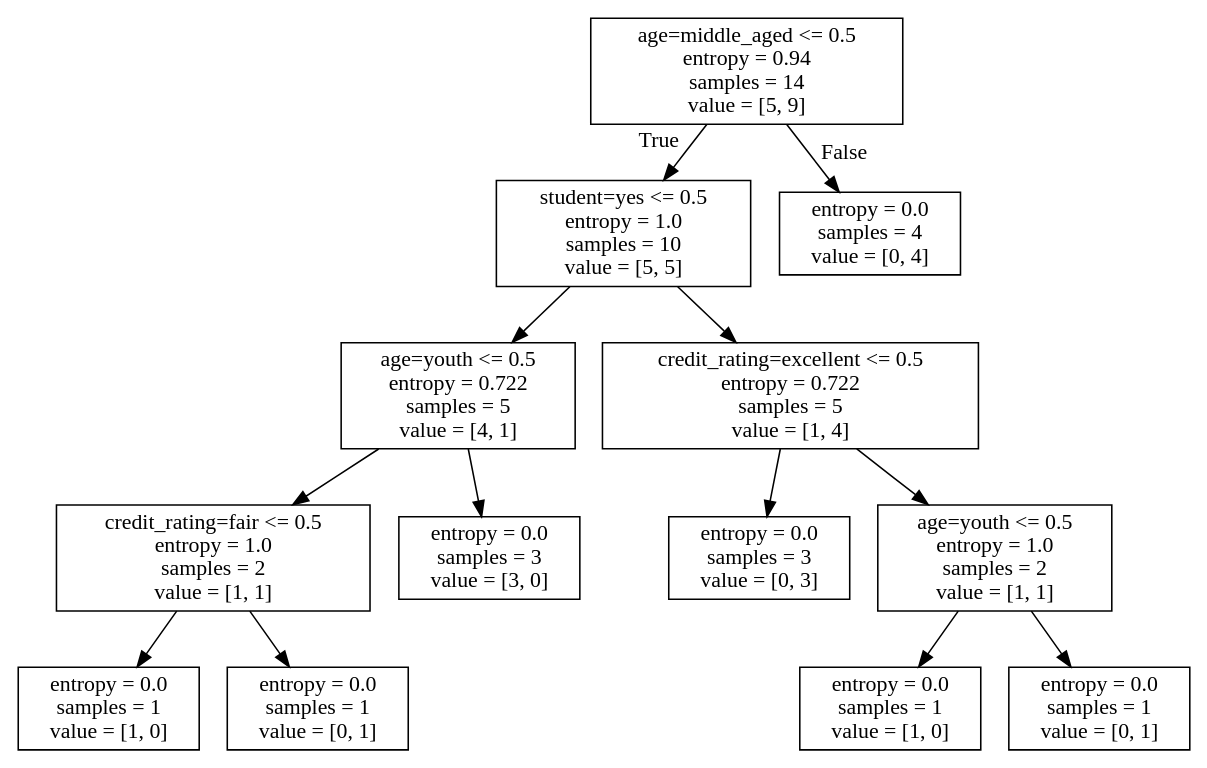
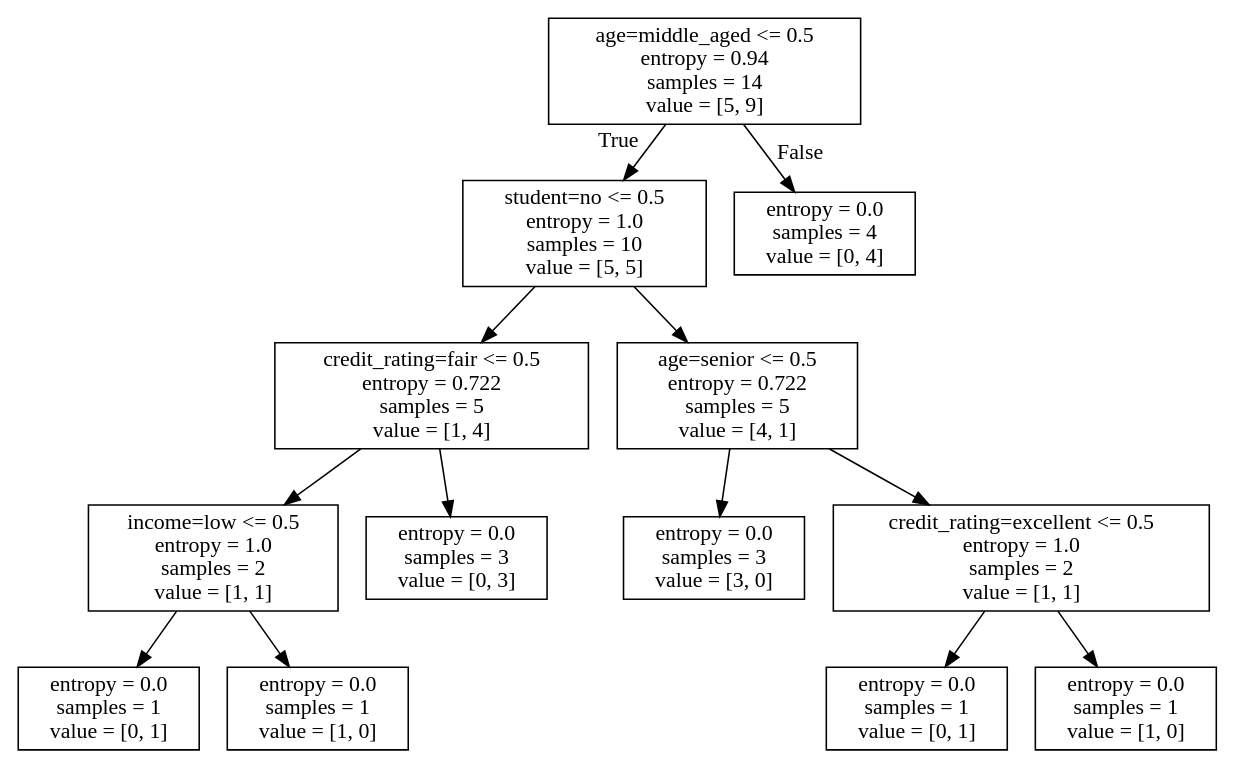
One commit to FrankeWu/DecisionTree changed the diagram in allElectronicInformationGainOri.dot. Above: the diagram before and after it, drawn with Graphviz. The commit also changed 3 other files, not shown here.

```diff
--- a/allElectronicInformationGainOri.dot
+++ b/allElectronicInformationGainOri.dot
@@ -1,28 +1,28 @@
 digraph Tree {
 node [shape=box] ;
 0 [label="age=middle_aged <= 0.5\nentropy = 0.94\nsamples = 14\nvalue = [5, 9]"] ;
-1 [label="student=yes <= 0.5\nentropy = 1.0\nsamples = 10\nvalue = [5, 5]"] ;
+1 [label="student=no <= 0.5\nentropy = 1.0\nsamples = 10\nvalue = [5, 5]"] ;
 0 -> 1 [labeldistance=2.5, labelangle=45, headlabel="True"] ;
-2 [label="age=youth <= 0.5\nentropy = 0.722\nsamples = 5\nvalue = [4, 1]"] ;
+2 [label="credit_rating=fair <= 0.5\nentropy = 0.722\nsamples = 5\nvalue = [1, 4]"] ;
 1 -> 2 ;
-3 [label="credit_rating=fair <= 0.5\nentropy = 1.0\nsamples = 2\nvalue = [1, 1]"] ;
+3 [label="income=low <= 0.5\nentropy = 1.0\nsamples = 2\nvalue = [1, 1]"] ;
 2 -> 3 ;
-4 [label="entropy = 0.0\nsamples = 1\nvalue = [1, 0]"] ;
+4 [label="entropy = 0.0\nsamples = 1\nvalue = [0, 1]"] ;
 3 -> 4 ;
-5 [label="entropy = 0.0\nsamples = 1\nvalue = [0, 1]"] ;
+5 [label="entropy = 0.0\nsamples = 1\nvalue = [1, 0]"] ;
 3 -> 5 ;
-6 [label="entropy = 0.0\nsamples = 3\nvalue = [3, 0]"] ;
+6 [label="entropy = 0.0\nsamples = 3\nvalue = [0, 3]"] ;
 2 -> 6 ;
-7 [label="credit_rating=excellent <= 0.5\nentropy = 0.722\nsamples = 5\nvalue = [1, 4]"] ;
+7 [label="age=senior <= 0.5\nentropy = 0.722\nsamples = 5\nvalue = [4, 1]"] ;
 1 -> 7 ;
-8 [label="entropy = 0.0\nsamples = 3\nvalue = [0, 3]"] ;
+8 [label="entropy = 0.0\nsamples = 3\nvalue = [3, 0]"] ;
 7 -> 8 ;
-9 [label="age=youth <= 0.5\nentropy = 1.0\nsamples = 2\nvalue = [1, 1]"] ;
+9 [label="credit_rating=excellent <= 0.5\nentropy = 1.0\nsamples = 2\nvalue = [1, 1]"] ;
 7 -> 9 ;
-10 [label="entropy = 0.0\nsamples = 1\nvalue = [1, 0]"] ;
+10 [label="entropy = 0.0\nsamples = 1\nvalue = [0, 1]"] ;
 9 -> 10 ;
-11 [label="entropy = 0.0\nsamples = 1\nvalue = [0, 1]"] ;
+11 [label="entropy = 0.0\nsamples = 1\nvalue = [1, 0]"] ;
 9 -> 11 ;
 12 [label="entropy = 0.0\nsamples = 4\nvalue = [0, 4]"] ;
 0 -> 12 [labeldistance=2.5, labelangle=-45, headlabel="False"] ;
 }
```
